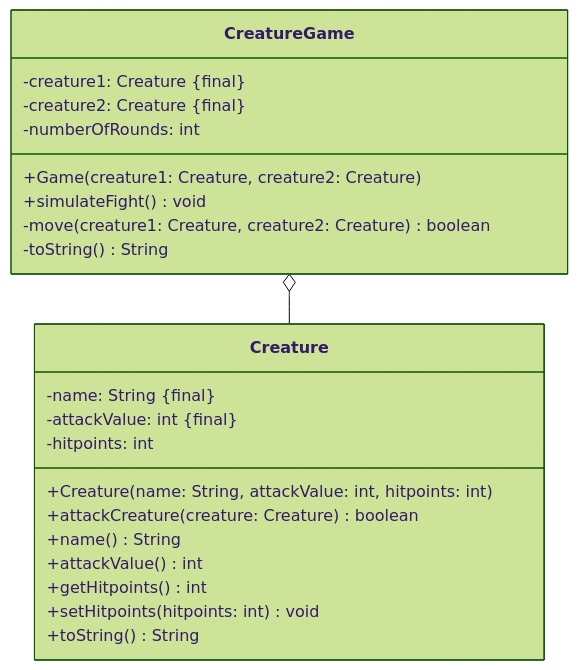
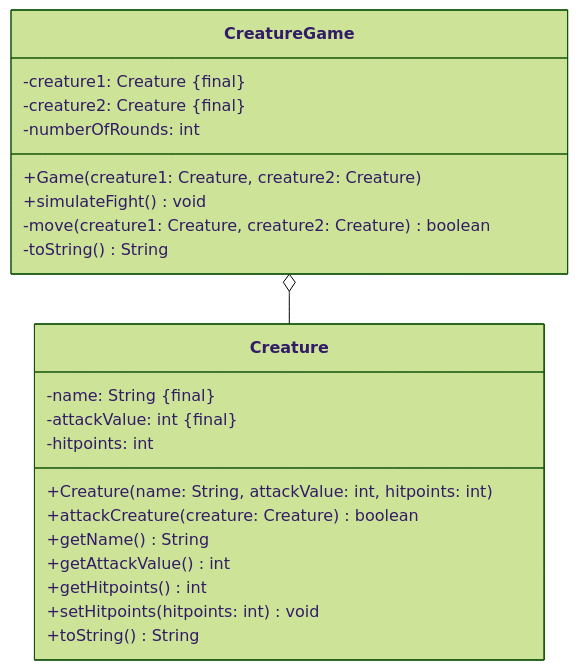
Before and after one commit to jappuccini/java-docs: the diagram in docs/exercises/class-diagrams/class-diagrams03.mdx, drawn with Mermaid (forest theme). The commit also changed 6 other files, not shown here.

````diff
--- a/docs/exercises/class-diagrams/class-diagrams03.mdx
+++ b/docs/exercises/class-diagrams/class-diagrams03.mdx
@@ -15,27 +15,27 @@
 ```mermaid
 classDiagram
     CreatureGame o-- Creature
 
     class CreatureGame {
         -creature1: Creature &#123final&#125
         -creature2: Creature &#123final&#125
         -numberOfRounds: int
         +Game(creature1: Creature, creature2: Creature)
         +simulateFight() void
         -move(creature1: Creature, creature2: Creature) boolean
         -toString() String
     }
 
     class Creature {
         -name: String &#123final&#125
         -attackValue: int &#123final&#125
         -hitpoints: int
         +Creature(name: String, attackValue: int, hitpoints: int)
         +attackCreature(creature: Creature) boolean
-        +name() String
-        +attackValue() int
+        +getName() String
+        +getAttackValue() int
         +getHitpoints() int
         +setHitpoints(hitpoints: int) void
         +toString() String
     }
 ```
````
